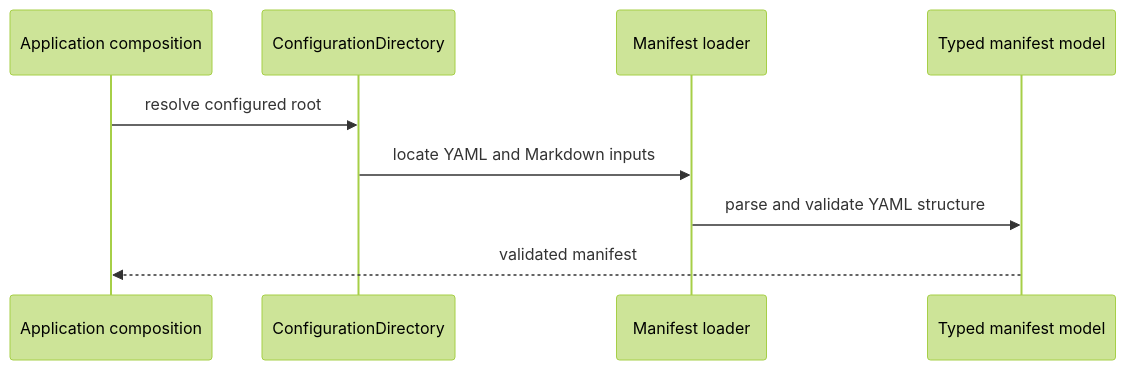
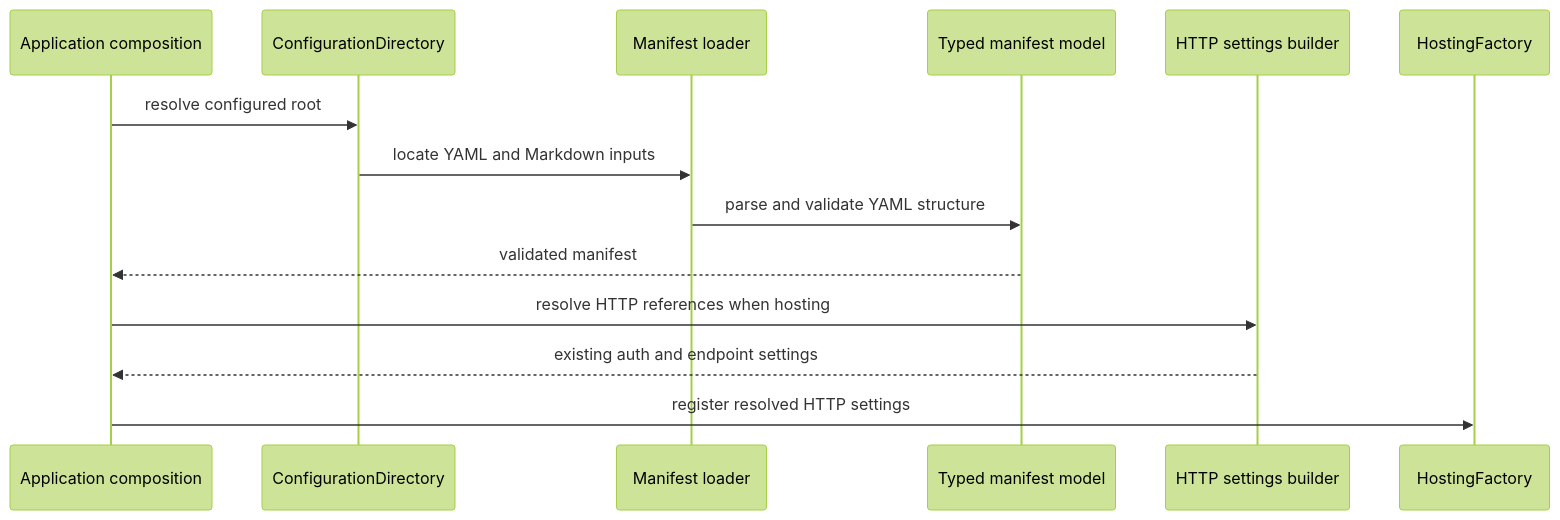
The second of 2 diagrams in doc/contributors/configuration.md (ygo74/ai-enterprise-agent-runtime), drawn with Mermaid (forest theme) before and after one commit. The commit also changed other lines of this file and 69 other files, not shown here.

First line of the commit message:
feat(python): configure HTTP hosting from agent manifests (#34) (#35)

````diff
--- a/doc/contributors/configuration.md
+++ b/doc/contributors/configuration.md
@@ -22,11 +41,16 @@
 ```mermaid
 sequenceDiagram
     participant App as Application composition
     participant Dir as ConfigurationDirectory
     participant Loader as Manifest loader
     participant Model as Typed manifest model
+    participant Builder as HTTP settings builder
+    participant Host as HostingFactory
     App->>Dir: resolve configured root
     Dir->>Loader: locate YAML and Markdown inputs
     Loader->>Model: parse and validate YAML structure
     Model-->>App: validated manifest
+    App->>Builder: resolve HTTP references when hosting
+    Builder-->>App: existing auth and endpoint settings
+    App->>Host: register resolved HTTP settings
 ```
````
